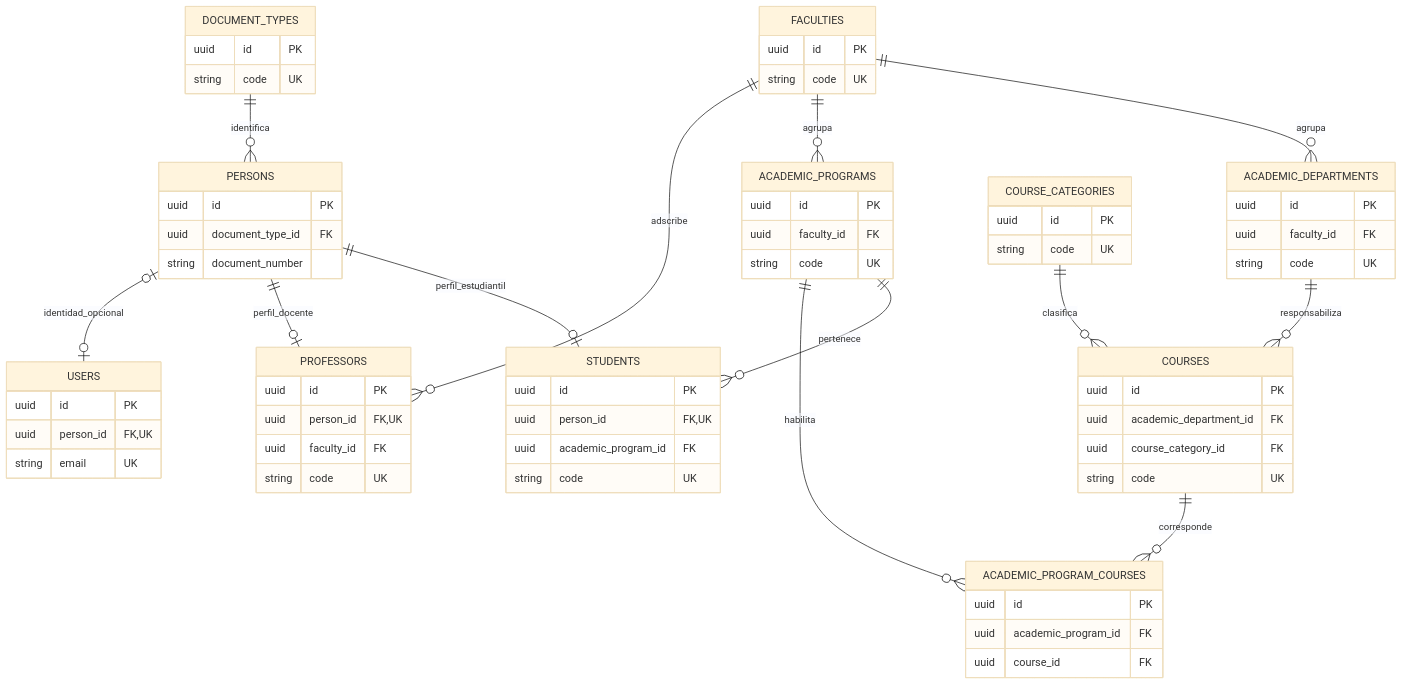
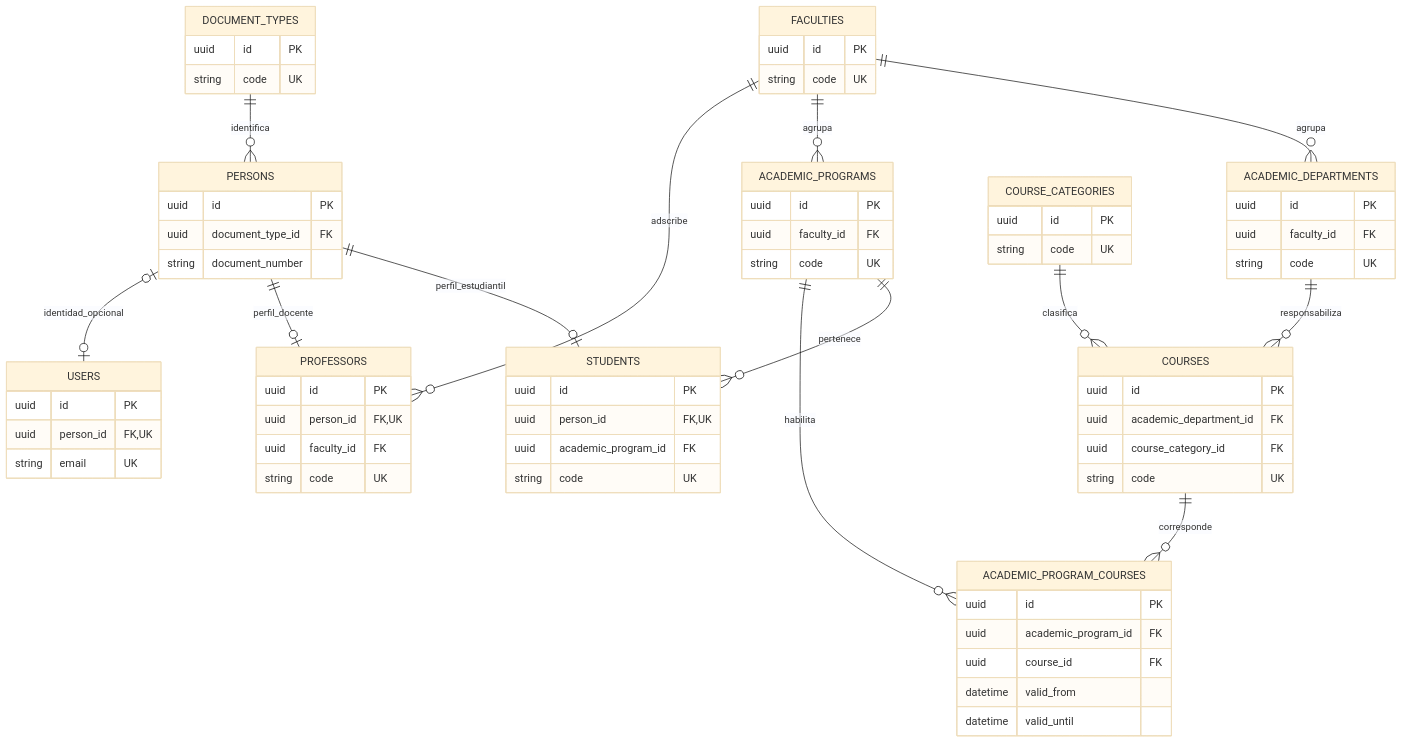
One commit to EderPanta18/academic-management-api changed the first of 3 diagrams in docs/05-modeling/02-data-model.md. Above: the diagram before and after it, drawn with Mermaid (base theme). The commit also changed other lines of this file and 22 other files, not shown here.

````diff
--- a/docs/05-modeling/02-data-model.md
+++ b/docs/05-modeling/02-data-model.md
@@ -9,71 +9,73 @@
 ```mermaid
 erDiagram
     DOCUMENT_TYPES ||--o{ PERSONS : identifica
     PERSONS ||--o| STUDENTS : perfil_estudiantil
     PERSONS ||--o| PROFESSORS : perfil_docente
     PERSONS o|--o| USERS : identidad_opcional
     FACULTIES ||--o{ ACADEMIC_DEPARTMENTS : agrupa
     FACULTIES ||--o{ ACADEMIC_PROGRAMS : agrupa
     FACULTIES ||--o{ PROFESSORS : adscribe
     ACADEMIC_PROGRAMS ||--o{ STUDENTS : pertenece
     ACADEMIC_DEPARTMENTS ||--o{ COURSES : responsabiliza
     COURSE_CATEGORIES ||--o{ COURSES : clasifica
     ACADEMIC_PROGRAMS ||--o{ ACADEMIC_PROGRAM_COURSES : habilita
     COURSES ||--o{ ACADEMIC_PROGRAM_COURSES : corresponde
 
     DOCUMENT_TYPES {
         uuid id PK
         string code UK
     }
     PERSONS {
         uuid id PK
         uuid document_type_id FK
         string document_number
     }
     FACULTIES {
         uuid id PK
         string code UK
     }
     ACADEMIC_DEPARTMENTS {
         uuid id PK
         uuid faculty_id FK
         string code UK
     }
     ACADEMIC_PROGRAMS {
         uuid id PK
         uuid faculty_id FK
         string code UK
     }
     STUDENTS {
         uuid id PK
         uuid person_id FK,UK
         uuid academic_program_id FK
         string code UK
     }
     PROFESSORS {
         uuid id PK
         uuid person_id FK,UK
         uuid faculty_id FK
         string code UK
     }
     COURSES {
         uuid id PK
         uuid academic_department_id FK
         uuid course_category_id FK
         string code UK
     }
     COURSE_CATEGORIES {
         uuid id PK
         string code UK
     }
     ACADEMIC_PROGRAM_COURSES {
         uuid id PK
         uuid academic_program_id FK
         uuid course_id FK
+        datetime valid_from
+        datetime valid_until
     }
     USERS {
         uuid id PK
         uuid person_id FK,UK
         string email UK
     }
 ```
````
